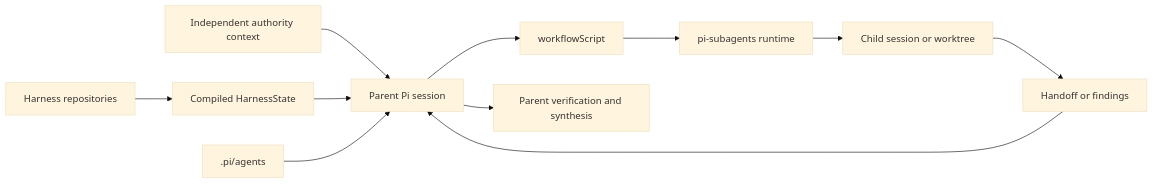
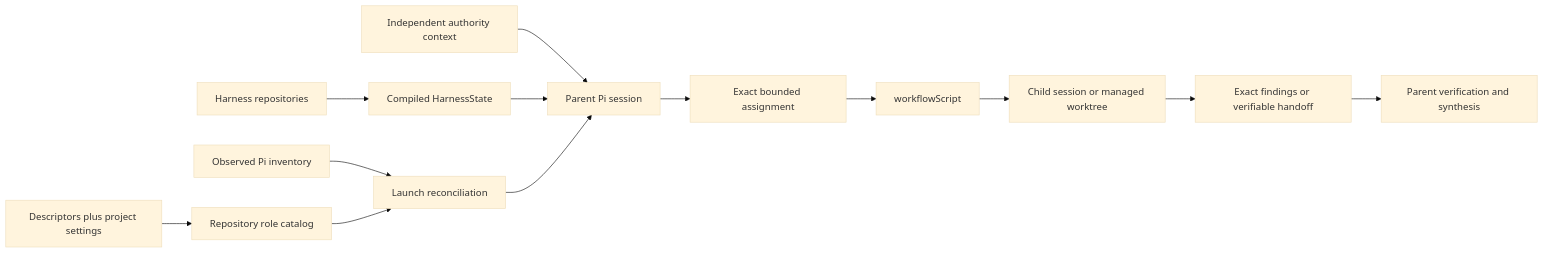
Before and after one commit to eragasa/ksdft2effmass: the diagram in docs/architecture/migration/v1-to-v2/pi-harness-subagents.md, drawn with Mermaid (base theme). The commit also changed other lines of this file and 29 other files, not shown here.

Commit message:
refactor harness projections toward architecture v2

````diff
--- a/docs/architecture/migration/v1-to-v2/pi-harness-subagents.md
+++ b/docs/architecture/migration/v1-to-v2/pi-harness-subagents.md
@@ -38,13 +86,15 @@
 ```mermaid
 flowchart LR
     repositories["Harness repositories"] --> state["Compiled HarnessState"]
+    roles["Descriptors plus project settings"] --> catalog["Repository role catalog"]
+    pi["Observed Pi inventory"] --> reconcile["Launch reconciliation"]
+    catalog --> reconcile
     authority["Independent authority context"] --> parent["Parent Pi session"]
     state --> parent
-    descriptors[".pi/agents"] --> parent
-    parent --> workflow["workflowScript"]
-    workflow --> runtime["pi-subagents runtime"]
-    runtime --> child["Child session or worktree"]
-    child --> handoff["Handoff or findings"]
-    handoff --> parent
-    parent --> verification["Parent verification and synthesis"]
+    reconcile --> parent
+    parent --> assignment["Exact bounded assignment"]
+    assignment --> workflow["workflowScript"]
+    workflow --> child["Child session or managed worktree"]
+    child --> result["Exact findings or verifiable handoff"]
+    result --> verification["Parent verification and synthesis"]
 ```
````
